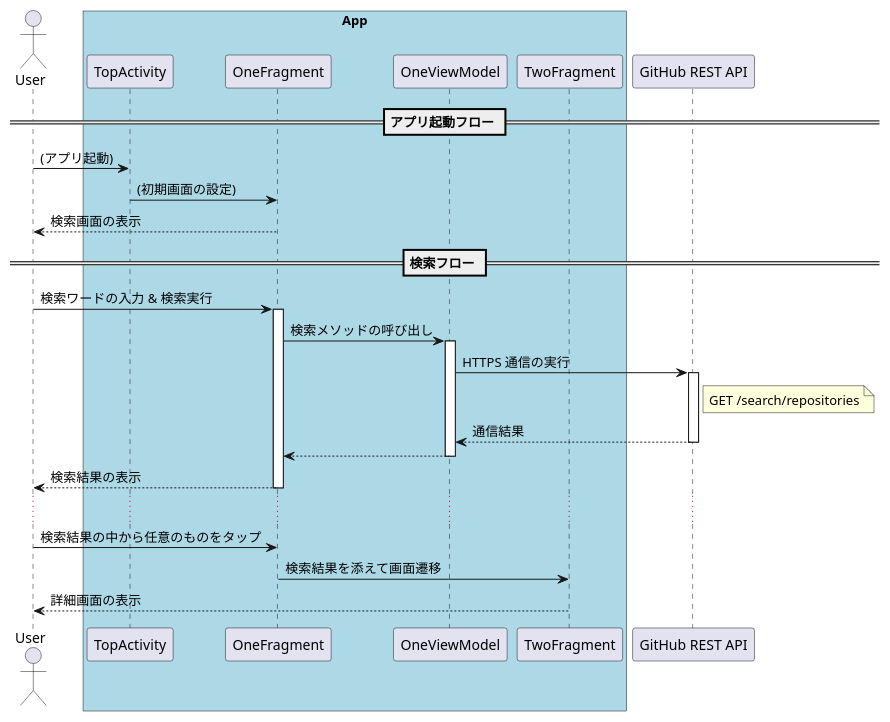
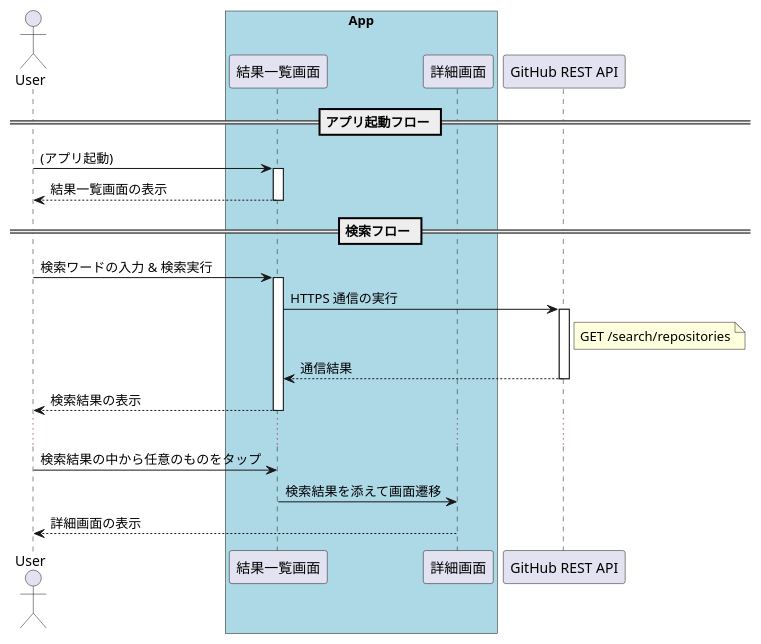
The diagram in docs/UseFlow.plantuml (tshion/yumemi-inc_android-engineer-codecheck), drawn with PlantUML before and after one commit. The commit also changed 2 other files, not shown here.

```diff
--- a/docs/UseFlow.plantuml
+++ b/docs/UseFlow.plantuml
@@ -1,41 +1,33 @@
 @startuml
 actor User
 box "App" #LightBlue
-    participant TopActivity
-    participant OneFragment
-    participant OneViewModel
-    participant TwoFragment
+    participant 結果一覧画面 as IndexPage
+    participant 詳細画面 as DetailPage
 end box
 participant "GitHub REST API" as GitHub
 
 
 == アプリ起動フロー ==
-User -> TopActivity : (アプリ起動)
-TopActivity -> OneFragment : (初期画面の設定)
-OneFragment --> User : 検索画面の表示
+User -> IndexPage : (アプリ起動)
+activate IndexPage
+return 結果一覧画面の表示
 
 
 == 検索フロー ==
-User -> OneFragment : 検索ワードの入力 & 検索実行
-activate OneFragment
-OneFragment -> OneViewModel : 検索メソッドの呼び出し
-activate OneViewModel
-OneViewModel -> GitHub : HTTPS 通信の実行
+User -> IndexPage : 検索ワードの入力 & 検索実行
+activate IndexPage
+IndexPage -> GitHub : HTTPS 通信の実行
 activate GitHub
 note right of GitHub
     GET /search/repositories
 end note
-GitHub --> OneViewModel : 通信結果
-deactivate GitHub
-OneViewModel --> OneFragment
-deactivate OneViewModel
-OneFragment --> User : 検索結果の表示
-deactivate OneFragment
+return 通信結果
+return 検索結果の表示
 
 ...
 
-User -> OneFragment : 検索結果の中から任意のものをタップ
-OneFragment -> TwoFragment : 検索結果を添えて画面遷移
-TwoFragment --> User : 詳細画面の表示
+User -> IndexPage : 検索結果の中から任意のものをタップ
+IndexPage -> DetailPage : 検索結果を添えて画面遷移
+DetailPage --> User : 詳細画面の表示
 
 @enduml
```
